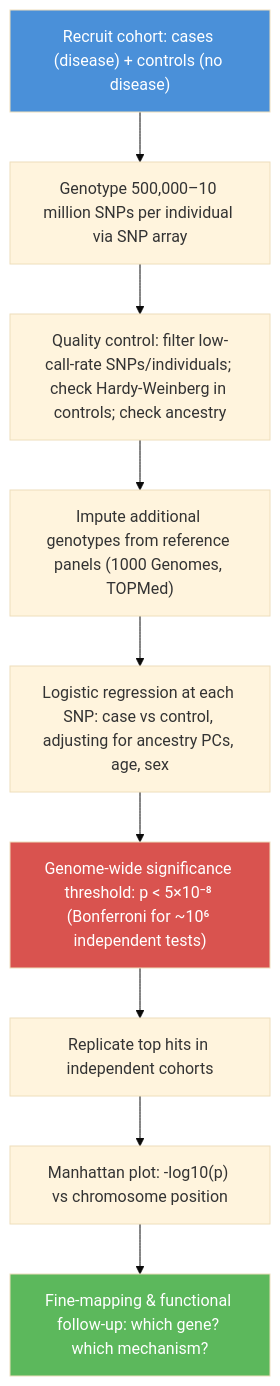
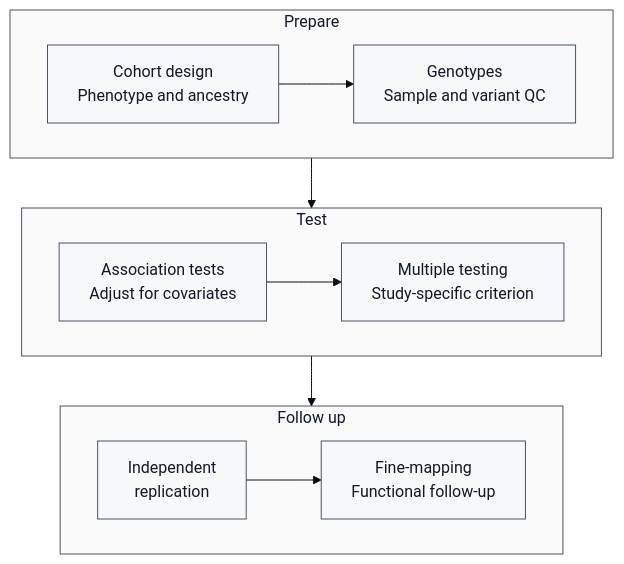
One commit to docxology/biology_textbook changed the second of 3 diagrams in docs/manuscript/unit_V/mendelian_extensions_and_human_genetics.md. Above: the diagram before and after it, drawn with Mermaid (base theme). The commit also changed other lines of this file and 15 other files, not shown here.

````diff
--- a/docs/manuscript/unit_V/mendelian_extensions_and_human_genetics.md
+++ b/docs/manuscript/unit_V/mendelian_extensions_and_human_genetics.md
@@ -435,15 +435,25 @@
 ```mermaid
-flowchart TD
-    A["Recruit cohort: cases (disease) + controls (no disease)"] --> B["Genotype 500,000–10 million SNPs per individual via SNP array"]
-    B --> C["Quality control: filter low-call-rate SNPs/individuals; check Hardy-Weinberg in controls; check ancestry"]
-    C --> D["Impute additional genotypes from reference panels (1000 Genomes, TOPMed)"]
-    D --> E["Logistic regression at each SNP: case vs control, adjusting for ancestry PCs, age, sex"]
-    E --> F["Genome-wide significance threshold: p < 5×10⁻⁸ (Bonferroni for ~10⁶ independent tests)"]
-    F --> G["Replicate top hits in independent cohorts"]
-    G --> H["Manhattan plot: -log10(p) vs chromosome position"]
-    H --> I["Fine-mapping & functional follow-up: which gene? which mechanism?"]
-
-    style A fill:#4a90d9,color:#fff
-    style F fill:#d9534f,color:#fff
-    style I fill:#5cb85c,color:#fff
+---
+config:
+  layout: dagre
+---
+flowchart TB
+    subgraph P["Prepare"]
+        direction LR
+        A["Cohort design<br/>Phenotype and ancestry"] --> B["Genotypes<br/>Sample and variant QC"]
+    end
+    subgraph T["Test"]
+        direction LR
+        C["Association tests<br/>Adjust for covariates"] --> D["Multiple testing<br/>Study-specific criterion"]
+    end
+    subgraph F["Follow up"]
+        direction LR
+        E["Independent<br/>replication"] --> G["Fine-mapping<br/>Functional follow-up"]
+    end
+    P --> T
+    T --> F
+    classDef default fill:#f6f8fa,stroke:#4b5563,color:#111827
+    style P fill:#fafafa,stroke:#4b5563,color:#111827
+    style T fill:#fafafa,stroke:#4b5563,color:#111827
+    style F fill:#fafafa,stroke:#4b5563,color:#111827
 ```
````
